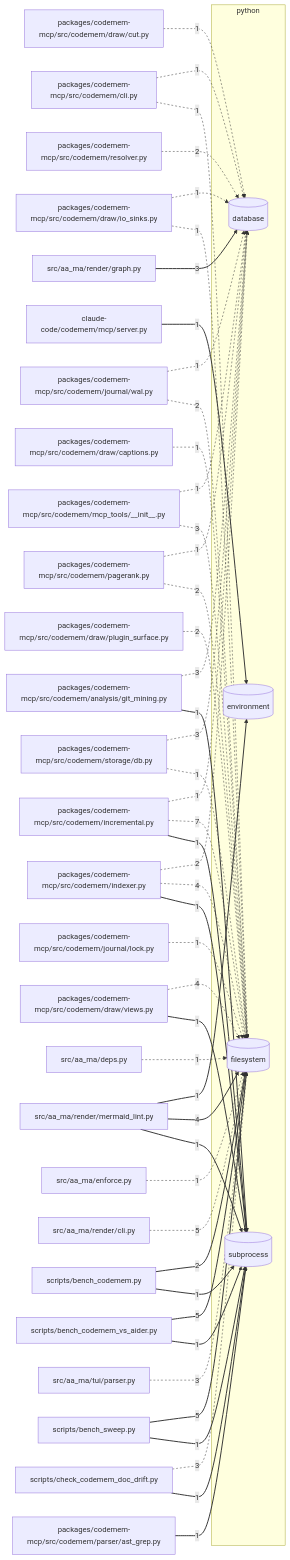
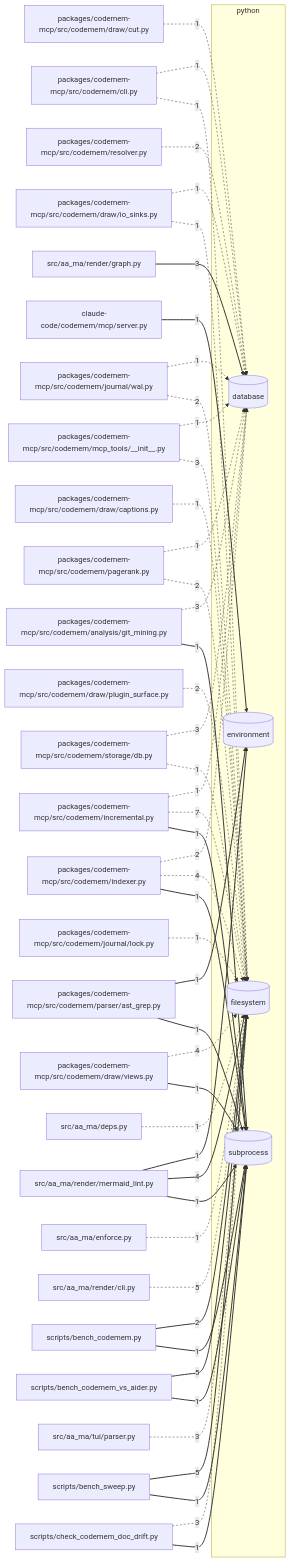
The diagram in docs/architecture/io.md (snewhouse/aa-ma-forge), drawn with Mermaid before and after one commit. The commit also changed other lines of this file and 4 other files, not shown here.

````diff
--- a/docs/architecture/io.md
+++ b/docs/architecture/io.md
@@ -65,28 +65,29 @@
   n12ip3u5 e22@-->|"3"| io_python_fs
   ng0fem3 e23@-->|"1"| io_python_db
   ng0fem3 e24@-->|"2"| io_python_fs
-  n15008dx e25@-->|"1"| io_python_subprocess
-  n7xp1xs e26@-->|"2"| io_python_db
-  ns1j8lg e27@-->|"3"| io_python_db
-  ns1j8lg e28@-->|"1"| io_python_fs
-  n1vgapiq e29@-->|"2"| io_python_fs
-  n1vgapiq e30@-->|"1"| io_python_subprocess
-  nh6b312 e31@-->|"5"| io_python_fs
-  nh6b312 e32@-->|"1"| io_python_subprocess
-  nc2fglq e33@-->|"5"| io_python_fs
-  nc2fglq e34@-->|"1"| io_python_subprocess
-  nvvfr9z e35@-->|"3"| io_python_fs
-  nvvfr9z e36@-->|"1"| io_python_subprocess
-  n1qtlbi7 e37@-->|"1"| io_python_fs
-  n1o3m0ll e38@-->|"1"| io_python_fs
-  nptipq4 e39@-->|"5"| io_python_fs
-  napjvke e40@-->|"3"| io_python_db
-  nacfyc9 e41@-->|"1"| io_python_env
-  nacfyc9 e42@-->|"4"| io_python_fs
-  nacfyc9 e43@-->|"1"| io_python_subprocess
-  n19z0p6l e44@-->|"3"| io_python_fs
+  n15008dx e25@-->|"1"| io_python_env
+  n15008dx e26@-->|"1"| io_python_subprocess
+  n7xp1xs e27@-->|"2"| io_python_db
+  ns1j8lg e28@-->|"3"| io_python_db
+  ns1j8lg e29@-->|"1"| io_python_fs
+  n1vgapiq e30@-->|"2"| io_python_fs
+  n1vgapiq e31@-->|"1"| io_python_subprocess
+  nh6b312 e32@-->|"5"| io_python_fs
+  nh6b312 e33@-->|"1"| io_python_subprocess
+  nc2fglq e34@-->|"5"| io_python_fs
+  nc2fglq e35@-->|"1"| io_python_subprocess
+  nvvfr9z e36@-->|"3"| io_python_fs
+  nvvfr9z e37@-->|"1"| io_python_subprocess
+  n1qtlbi7 e38@-->|"1"| io_python_fs
+  n1o3m0ll e39@-->|"1"| io_python_fs
+  nptipq4 e40@-->|"5"| io_python_fs
+  napjvke e41@-->|"3"| io_python_db
+  nacfyc9 e42@-->|"1"| io_python_env
+  nacfyc9 e43@-->|"4"| io_python_fs
+  nacfyc9 e44@-->|"1"| io_python_subprocess
+  n19z0p6l e45@-->|"3"| io_python_fs
   classDef qualified stroke-width:2px,stroke-dasharray:0
   classDef bare stroke-dasharray:4 4
-  class e0,e2,e11,e14,e17,e25,e29,e30,e31,e32,e33,e34,e36,e40,e41,e42,e43 qualified
-  class e1,e3,e4,e5,e6,e7,e8,e9,e10,e12,e13,e15,e16,e18,e19,e20,e21,e22,e23,e24,e26,e27,e28,e35,e37,e38,e39,e44 bare
+  class e0,e2,e11,e14,e17,e25,e26,e30,e31,e32,e33,e34,e35,e37,e41,e42,e43,e44 qualified
+  class e1,e3,e4,e5,e6,e7,e8,e9,e10,e12,e13,e15,e16,e18,e19,e20,e21,e22,e23,e24,e27,e28,e29,e36,e38,e39,e40,e45 bare
 ```
````
